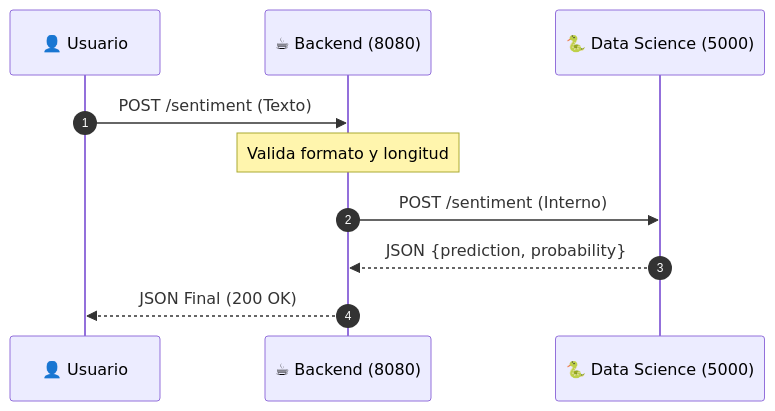
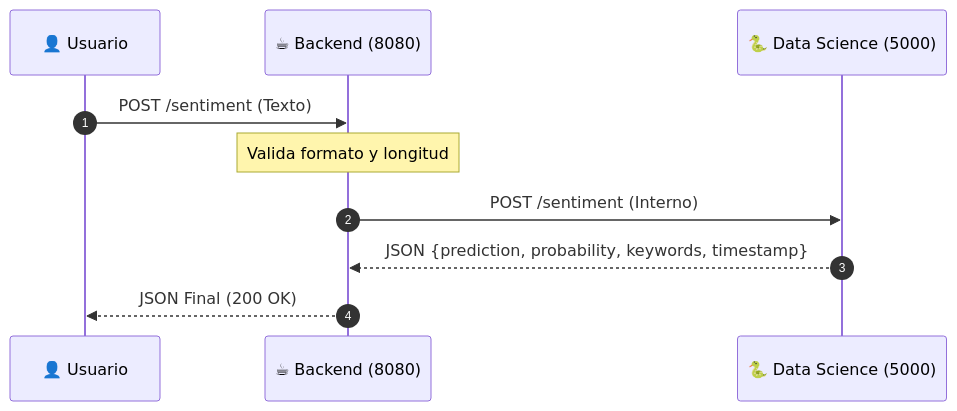
One commit to IngeCesar/sentiment-api changed the diagram in docs/API_SPEC.md. Above: the diagram before and after it, drawn with Mermaid. The commit also changed other lines of this file and 3 other files, not shown here.

````diff
--- a/docs/API_SPEC.md
+++ b/docs/API_SPEC.md
@@ -13,13 +13,13 @@
 ```mermaid
 sequenceDiagram
     autonumber
     participant User as 👤 Usuario
     participant Java as ☕ Backend (8080)
     participant Python as 🐍 Data Science (5000)
 
     User->>Java: POST /sentiment (Texto)
     Note over Java: Valida formato y longitud
     Java->>Python: POST /sentiment (Interno)
-    Python-->>Java: JSON {prediction, probability}
+    Python-->>Java: JSON {prediction, probability, keywords, timestamp}
     Java-->>User: JSON Final (200 OK)
 ```
````
